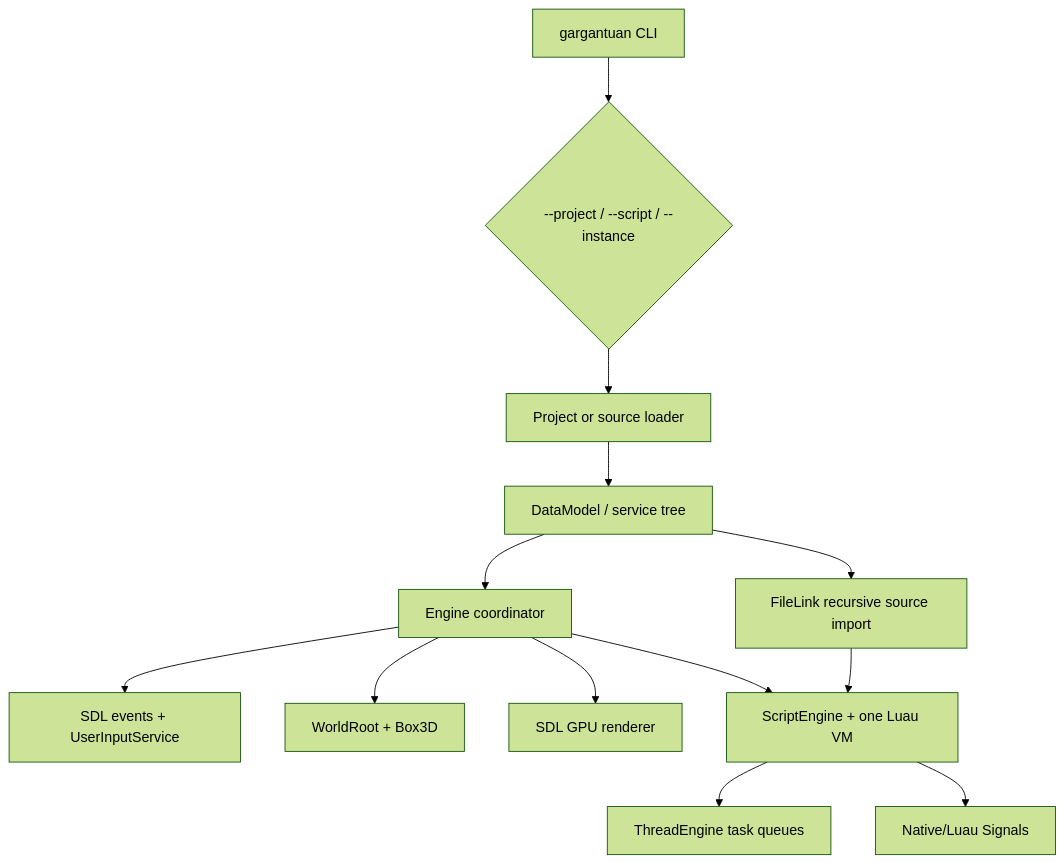
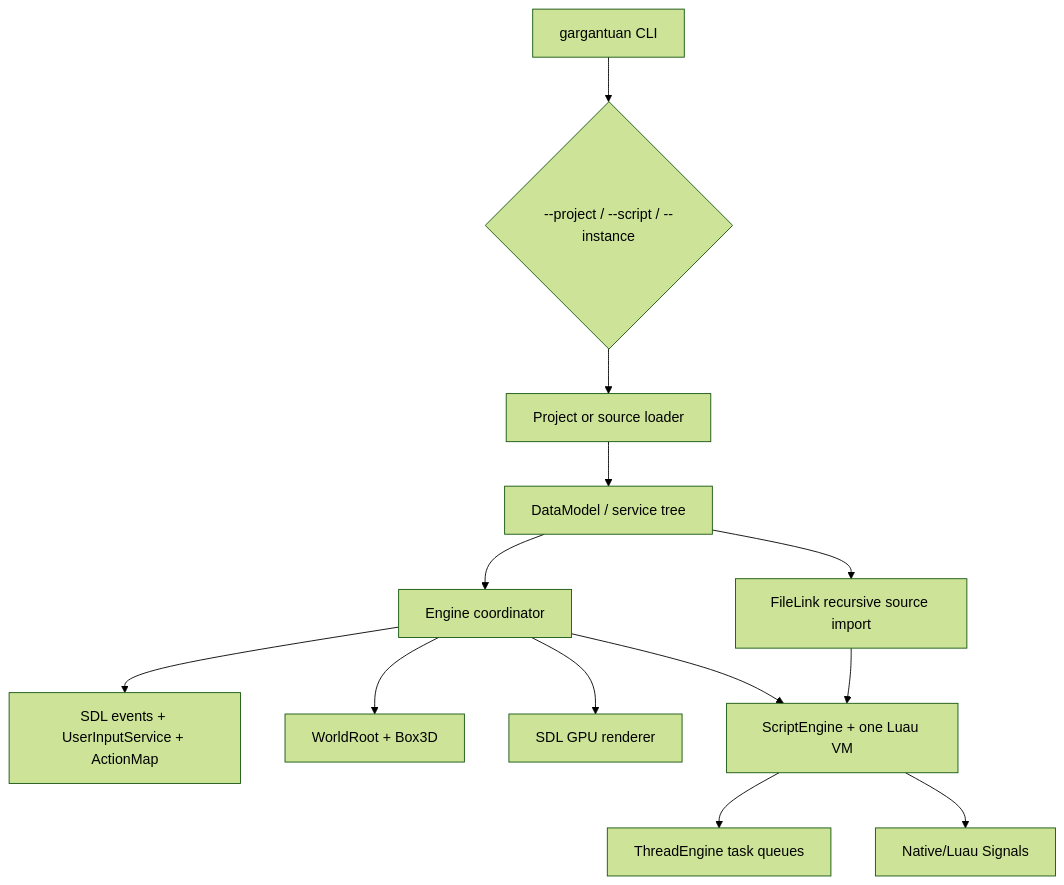
Before and after one commit to gmoddev/gargantuan: the first of 3 diagrams in devdocs/CurrentArchitecture/README.md, drawn with Mermaid (forest theme). The commit also changed other lines of this file and 49 other files, not shown here.

````diff
--- a/devdocs/CurrentArchitecture/README.md
+++ b/devdocs/CurrentArchitecture/README.md
@@ -59,15 +62,15 @@
 ```mermaid
 flowchart TD
     CLI["gargantuan CLI"] --> Target{"--project / --script / --instance"}
     Target --> Loader["Project or source loader"]
     Loader --> DataModel["DataModel / service tree"]
     DataModel --> Engine["Engine coordinator"]
-    Engine --> Input["SDL events + UserInputService"]
+    Engine --> Input["SDL events + UserInputService + ActionMap"]
     Engine --> Physics["WorldRoot + Box3D"]
     Engine --> Render["SDL GPU renderer"]
     Engine --> Script["ScriptEngine + one Luau VM"]
     Script --> Tasks["ThreadEngine task queues"]
     Script --> Signals["Native/Luau Signals"]
     DataModel --> FileLink["FileLink recursive source import"]
     FileLink --> Script
 ```
````
